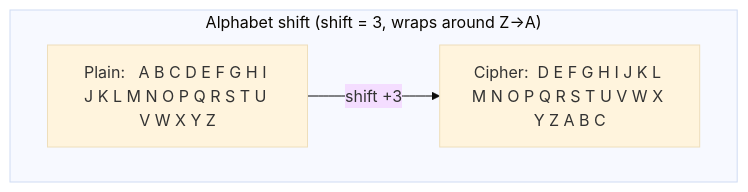
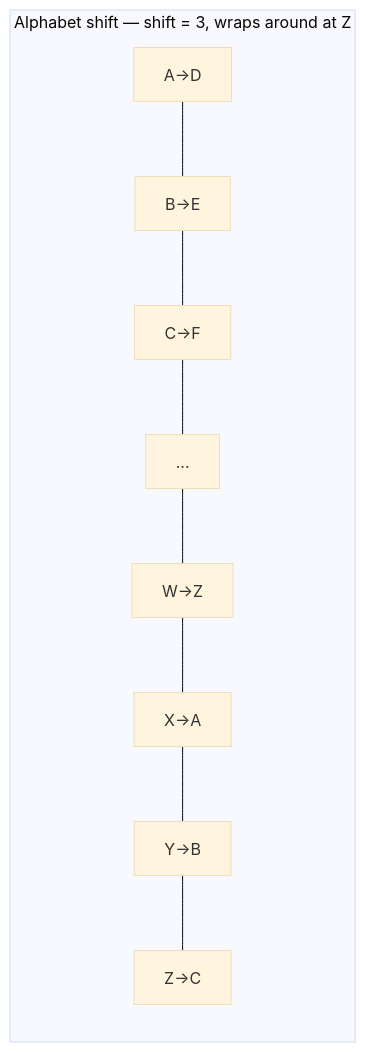
Before and after one commit to csoares/SecurityJava: the second of 6 diagrams in src/main/java/security/encryption/classic/README.md, drawn with Mermaid (base theme). The commit also changed other lines of this file and 23 other files, not shown here.

Commit message:
Refine README diagrams and descriptions for clarity and accuracy

````diff
--- a/src/main/java/security/encryption/classic/README.md
+++ b/src/main/java/security/encryption/classic/README.md
@@ -40,8 +40,6 @@
 ```mermaid
-flowchart TD
-    subgraph Alphabet ["Alphabet shift  (shift = 3, wraps around Z→A)"]
-        ABC["Plain:   A B C D E F G H I J K L M N O P Q R S T U V W X Y Z"]
-        DEF["Cipher:  D E F G H I J K L M N O P Q R S T U V W X Y Z A B C"]
-        ABC -->|"shift +3"| DEF
+flowchart LR
+    subgraph Alphabet ["Alphabet shift — shift = 3, wraps around at Z"]
+        A1["A→D"] --- B1["B→E"] --- C1["C→F"] --- D1["..."] --- W1["W→Z"] --- X1["X→A"] --- Y1["Y→B"] --- Z1["Z→C"]
     end
 ```
````
